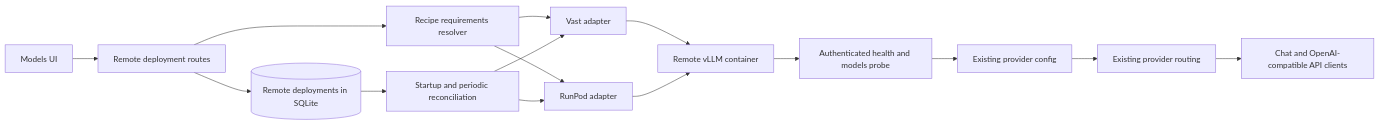
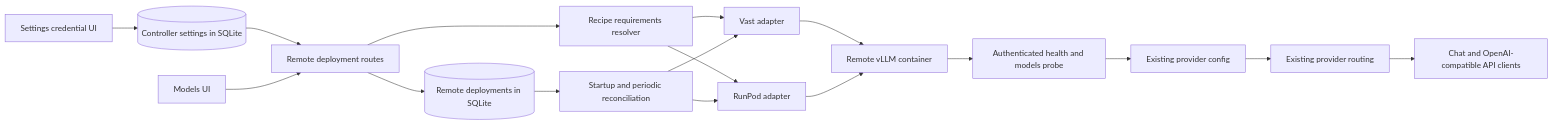
The diagram in docs/remote-gpu-provisioning.md (lubluniky/modelhost-studio), drawn with Mermaid before and after one commit. The commit also changed other lines of this file and 12 other files, not shown here.

````diff
--- a/docs/remote-gpu-provisioning.md
+++ b/docs/remote-gpu-provisioning.md
@@ -9,17 +9,19 @@
 ```mermaid
 flowchart LR
+  Settings[Settings credential UI] --> CredentialStore[(Controller settings in SQLite)]
+  CredentialStore --> Offers
   UI[Models UI] --> Offers[Remote deployment routes]
   Offers --> Requirements[Recipe requirements resolver]
   Requirements --> Vast[Vast adapter]
   Requirements --> RunPod[RunPod adapter]
   Vast --> Cloud[Remote vLLM container]
   RunPod --> Cloud
   Cloud --> Health[Authenticated health and models probe]
   Health --> Registry[Existing provider config]
   Registry --> Proxy[Existing provider routing]
   Proxy --> Clients[Chat and OpenAI-compatible API clients]
   Offers --> Store[(Remote deployments in SQLite)]
   Store --> Reconcile[Startup and periodic reconciliation]
   Reconcile --> Vast
   Reconcile --> RunPod
 ```
````
